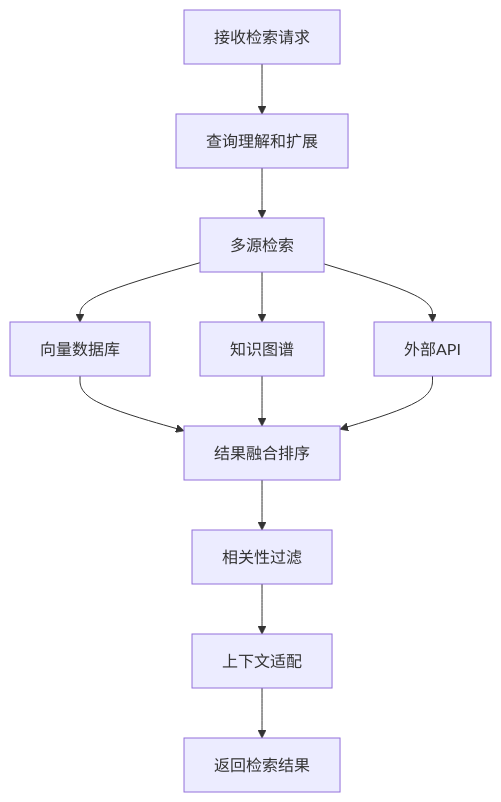
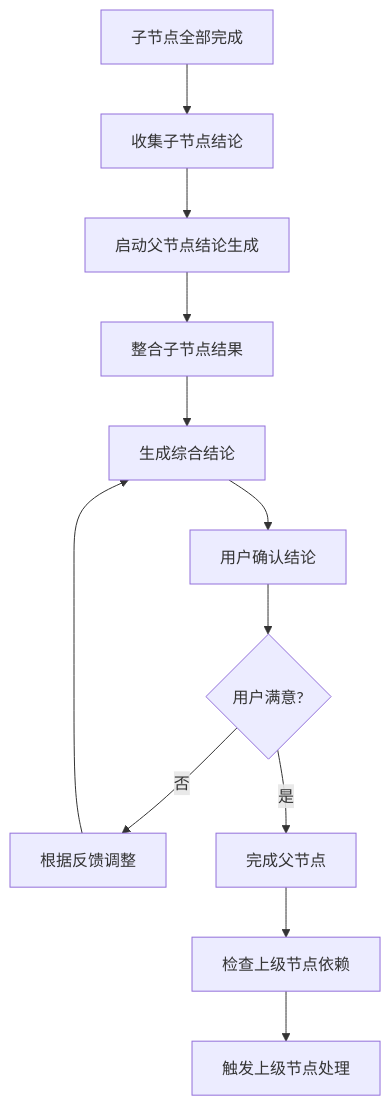
The seventh of 7 diagrams in docs/agent-system-design.md (PGshen/thinking-map), drawn with Mermaid before and after one commit. The commit also changed other lines of this file, not shown here.

````diff
--- a/docs/agent-system-design.md
+++ b/docs/agent-system-design.md
@@ -233,14 +561,14 @@
 ```mermaid
 flowchart TD
-    A[接收检索请求] --> B[查询理解和扩展]
-    B --> C[多源检索]
-    C --> D[向量数据库]
-    C --> E[知识图谱]
-    C --> F[外部API]
-    D --> G[结果融合排序]
-    E --> G
-    F --> G
-    G --> H[相关性过滤]
-    H --> I[上下文适配]
-    I --> J[返回检索结果]
+    A[子节点全部完成] --> B[收集子节点结论]
+    B --> C[启动父节点结论生成]
+    C --> D[整合子节点结果]
+    D --> E[生成综合结论]
+    E --> F[用户确认结论]
+    F --> G{用户满意?}
+    G -->|否| H[根据反馈调整]
+    H --> E
+    G -->|是| I[完成父节点]
+    I --> J[检查上级节点依赖]
+    J --> K[触发上级节点处理]
 ```
````
